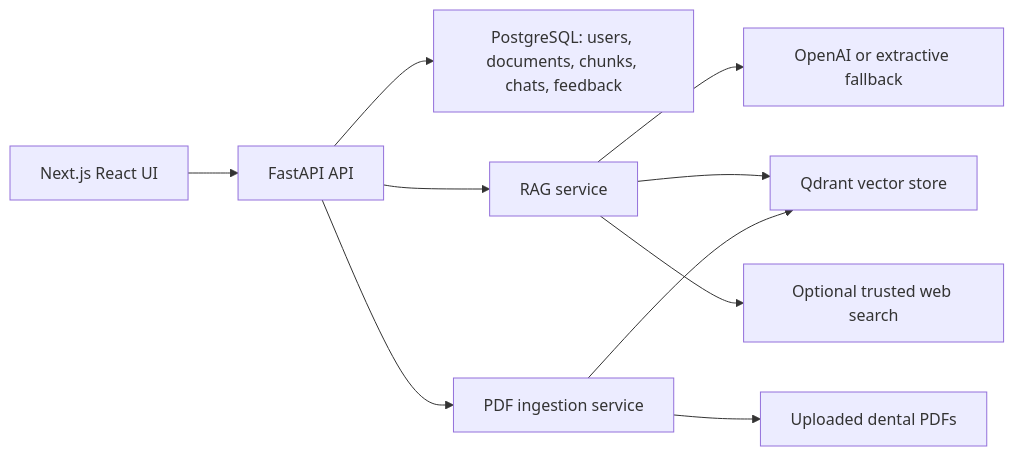
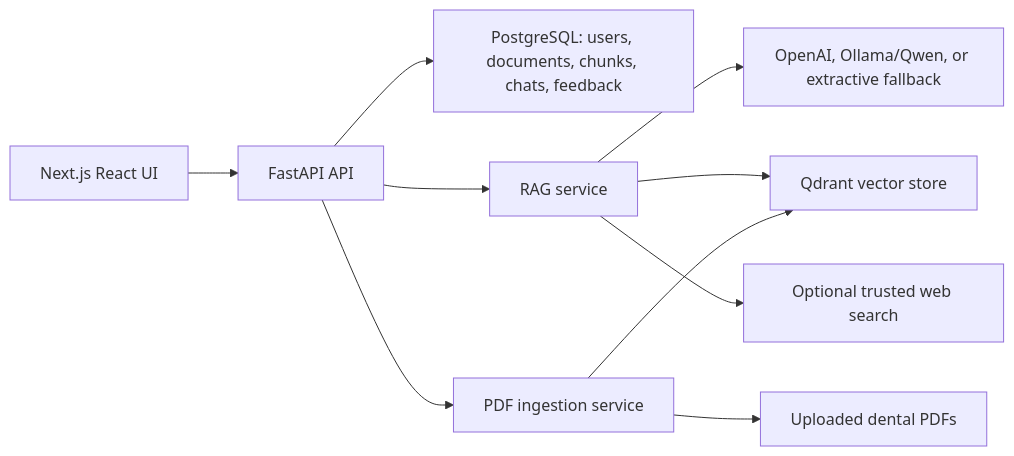
The diagram in README.md (Hamadullah09/Dental_AI_Chatbot), drawn with Mermaid before and after one commit. The commit also changed other lines of this file and 40 other files, not shown here.

````diff
--- a/README.md
+++ b/README.md
@@ -30,12 +30,12 @@
 ```mermaid
 flowchart LR
   UI["Next.js React UI"] --> API["FastAPI API"]
   API --> PG["PostgreSQL: users, documents, chunks, chats, feedback"]
   API --> RAG["RAG service"]
   API --> ING["PDF ingestion service"]
   ING --> PDF["Uploaded dental PDFs"]
   ING --> QD["Qdrant vector store"]
   RAG --> QD
-  RAG --> LLM["OpenAI or extractive fallback"]
+  RAG --> LLM["OpenAI, Ollama/Qwen, or extractive fallback"]
   RAG --> WEB["Optional trusted web search"]
 ```
````
